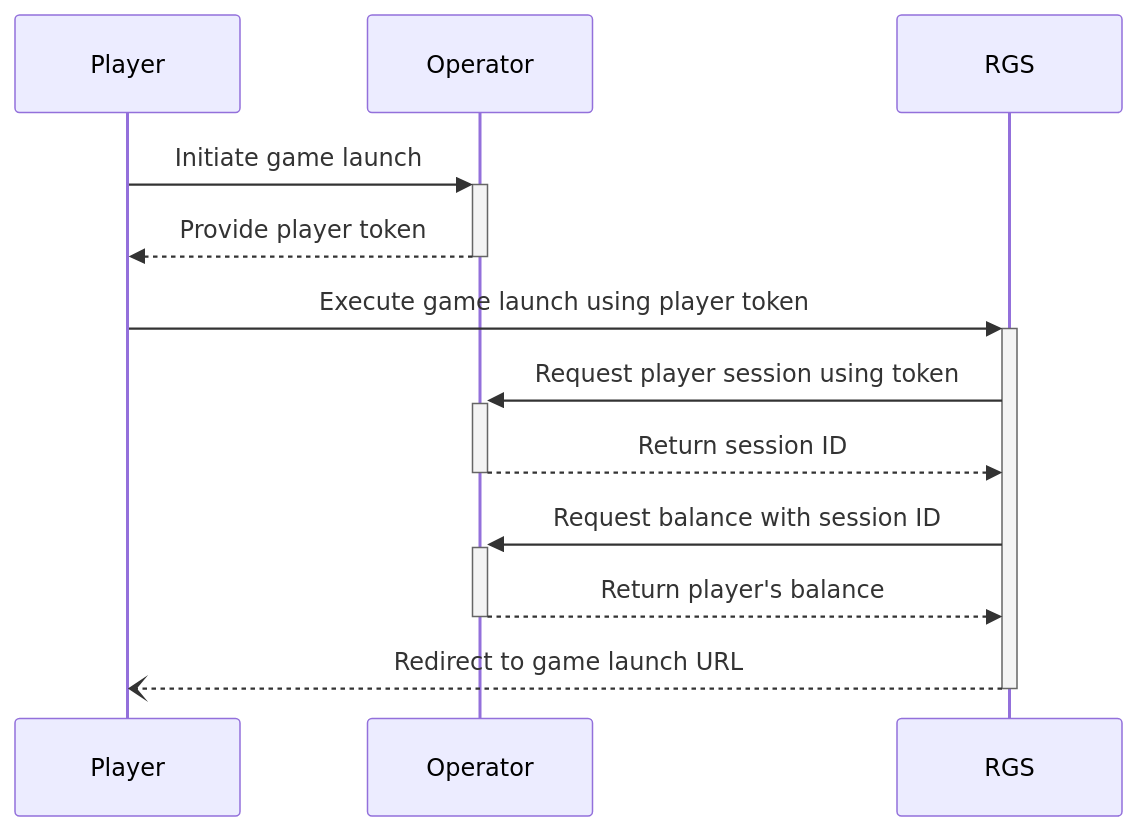
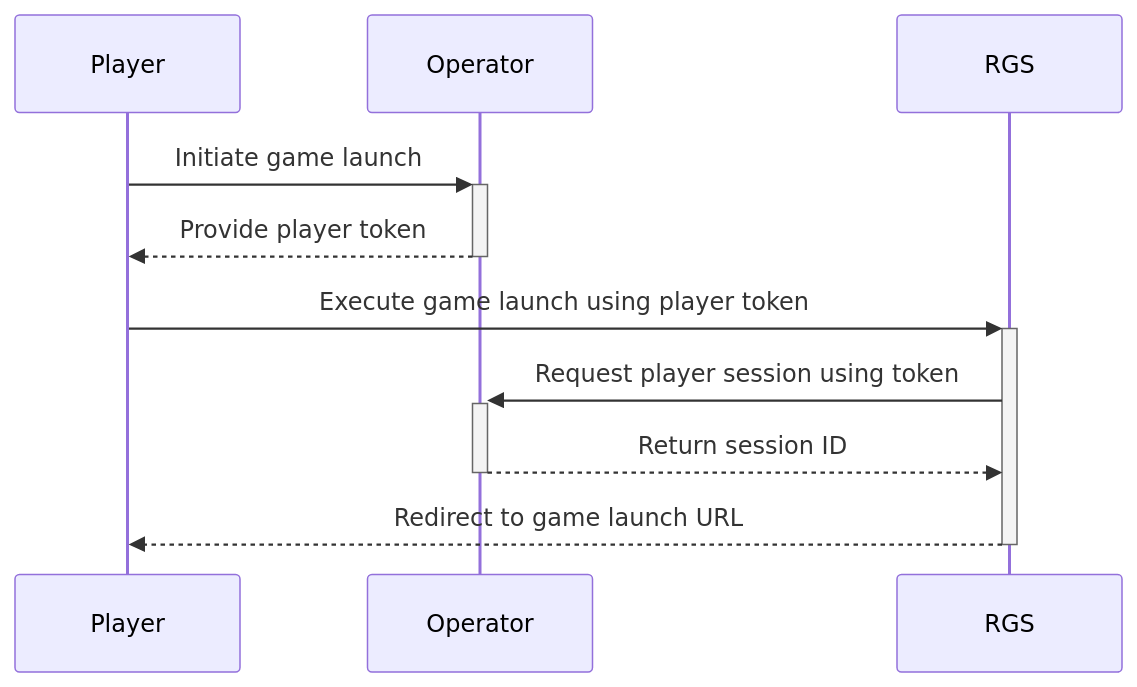
The first of 2 diagrams in start/wallet-overview.mdx (danil-s77/docs), drawn with Mermaid before and after one commit. The commit also changed 4 other files, not shown here.

````diff
--- a/start/wallet-overview.mdx
+++ b/start/wallet-overview.mdx
@@ -44,11 +44,9 @@
 ```mermaid
 sequenceDiagram
     Player->>+Operator: Initiate game launch
     Operator-->>-Player: Provide player token
     Player->>+RGS: Execute game launch using player token
     RGS->>+Operator: Request player session using token
     Operator-->>-RGS: Return session ID
-    RGS->>+Operator: Request balance with session ID
-    Operator-->>-RGS: Return player's balance
-    RGS--)-Player: Redirect to game launch URL
+    RGS-->>-Player: Redirect to game launch URL
 ```
````
